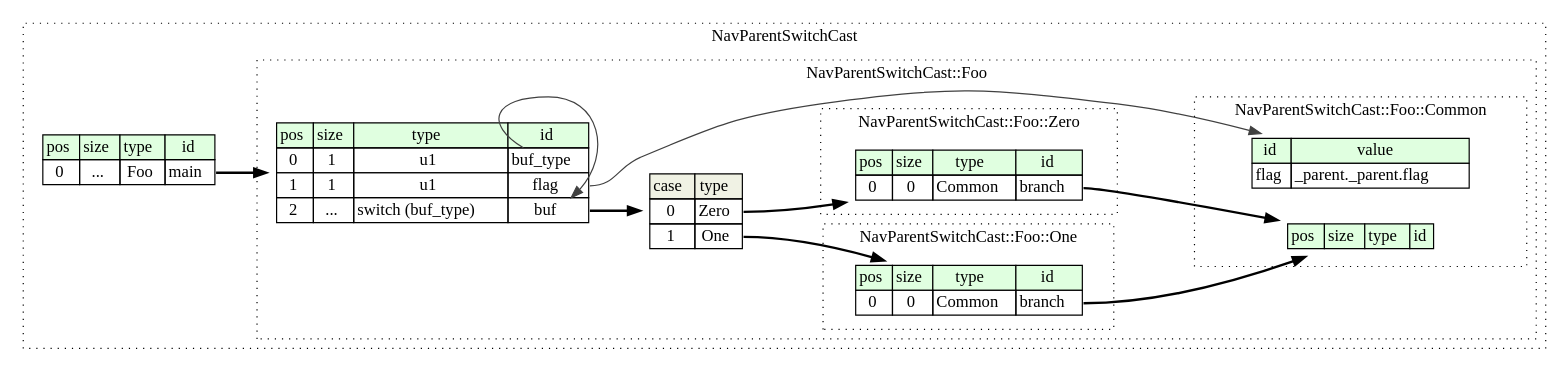
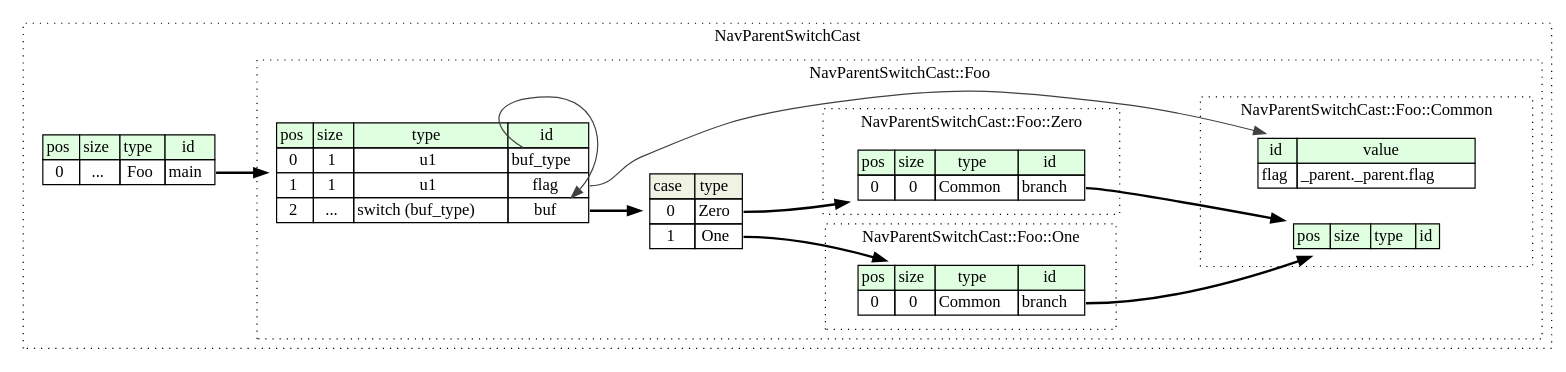
The diagram in compiled/graphviz/nav_parent_switch_cast.dot (kaitai-io/ci_targets), drawn with Graphviz before and after one commit. The commit also changed other lines of this file and 978 other files, not shown here.

```diff
--- a/compiled/graphviz/nav_parent_switch_cast.dot
+++ b/compiled/graphviz/nav_parent_switch_cast.dot
@@ -1,67 +1,67 @@
 digraph {
 	rankdir=LR;
 	node [shape=plaintext];
 	subgraph cluster__nav_parent_switch_cast {
 		label="NavParentSwitchCast";
 		graph[style=dotted];
 
 		nav_parent_switch_cast__seq [label=<<TABLE BORDER="0" CELLBORDER="1" CELLSPACING="0">
 			<TR><TD BGCOLOR="#E0FFE0">pos</TD><TD BGCOLOR="#E0FFE0">size</TD><TD BGCOLOR="#E0FFE0">type</TD><TD BGCOLOR="#E0FFE0">id</TD></TR>
 			<TR><TD PORT="main_pos">0</TD><TD PORT="main_size">...</TD><TD>Foo</TD><TD PORT="main_type">main</TD></TR>
 		</TABLE>>];
 		subgraph cluster__foo {
 			label="NavParentSwitchCast::Foo";
 			graph[style=dotted];
 
 			foo__seq [label=<<TABLE BORDER="0" CELLBORDER="1" CELLSPACING="0">
 				<TR><TD BGCOLOR="#E0FFE0">pos</TD><TD BGCOLOR="#E0FFE0">size</TD><TD BGCOLOR="#E0FFE0">type</TD><TD BGCOLOR="#E0FFE0">id</TD></TR>
 				<TR><TD PORT="buf_type_pos">0</TD><TD PORT="buf_type_size">1</TD><TD>u1</TD><TD PORT="buf_type_type">buf_type</TD></TR>
 				<TR><TD PORT="flag_pos">1</TD><TD PORT="flag_size">1</TD><TD>u1</TD><TD PORT="flag_type">flag</TD></TR>
 				<TR><TD PORT="buf_pos">2</TD><TD PORT="buf_size">...</TD><TD>switch (buf_type)</TD><TD PORT="buf_type">buf</TD></TR>
 			</TABLE>>];
 foo__seq_buf_switch [label=<<TABLE BORDER="0" CELLBORDER="1" CELLSPACING="0">
 	<TR><TD BGCOLOR="#F0F2E4">case</TD><TD BGCOLOR="#F0F2E4">type</TD></TR>
 	<TR><TD>0</TD><TD PORT="case0">Zero</TD></TR>
 	<TR><TD>1</TD><TD PORT="case1">One</TD></TR>
 </TABLE>>];
-			subgraph cluster__zero {
-				label="NavParentSwitchCast::Foo::Zero";
-				graph[style=dotted];
-
-				zero__seq [label=<<TABLE BORDER="0" CELLBORDER="1" CELLSPACING="0">
-					<TR><TD BGCOLOR="#E0FFE0">pos</TD><TD BGCOLOR="#E0FFE0">size</TD><TD BGCOLOR="#E0FFE0">type</TD><TD BGCOLOR="#E0FFE0">id</TD></TR>
-					<TR><TD PORT="branch_pos">0</TD><TD PORT="branch_size">0</TD><TD>Common</TD><TD PORT="branch_type">branch</TD></TR>
-				</TABLE>>];
-			}
-			subgraph cluster__one {
-				label="NavParentSwitchCast::Foo::One";
-				graph[style=dotted];
-
-				one__seq [label=<<TABLE BORDER="0" CELLBORDER="1" CELLSPACING="0">
-					<TR><TD BGCOLOR="#E0FFE0">pos</TD><TD BGCOLOR="#E0FFE0">size</TD><TD BGCOLOR="#E0FFE0">type</TD><TD BGCOLOR="#E0FFE0">id</TD></TR>
-					<TR><TD PORT="branch_pos">0</TD><TD PORT="branch_size">0</TD><TD>Common</TD><TD PORT="branch_type">branch</TD></TR>
-				</TABLE>>];
-			}
 			subgraph cluster__common {
 				label="NavParentSwitchCast::Foo::Common";
 				graph[style=dotted];
 
 				common__seq [label=<<TABLE BORDER="0" CELLBORDER="1" CELLSPACING="0">
 					<TR><TD BGCOLOR="#E0FFE0">pos</TD><TD BGCOLOR="#E0FFE0">size</TD><TD BGCOLOR="#E0FFE0">type</TD><TD BGCOLOR="#E0FFE0">id</TD></TR>
 				</TABLE>>];
 				common__inst__flag [label=<<TABLE BORDER="0" CELLBORDER="1" CELLSPACING="0">
 					<TR><TD BGCOLOR="#E0FFE0">id</TD><TD BGCOLOR="#E0FFE0">value</TD></TR>
 					<TR><TD>flag</TD><TD>_parent._parent.flag</TD></TR>
 				</TABLE>>];
 			}
+			subgraph cluster__one {
+				label="NavParentSwitchCast::Foo::One";
+				graph[style=dotted];
+
+				one__seq [label=<<TABLE BORDER="0" CELLBORDER="1" CELLSPACING="0">
+					<TR><TD BGCOLOR="#E0FFE0">pos</TD><TD BGCOLOR="#E0FFE0">size</TD><TD BGCOLOR="#E0FFE0">type</TD><TD BGCOLOR="#E0FFE0">id</TD></TR>
+					<TR><TD PORT="branch_pos">0</TD><TD PORT="branch_size">0</TD><TD>Common</TD><TD PORT="branch_type">branch</TD></TR>
+				</TABLE>>];
+			}
+			subgraph cluster__zero {
+				label="NavParentSwitchCast::Foo::Zero";
+				graph[style=dotted];
+
+				zero__seq [label=<<TABLE BORDER="0" CELLBORDER="1" CELLSPACING="0">
+					<TR><TD BGCOLOR="#E0FFE0">pos</TD><TD BGCOLOR="#E0FFE0">size</TD><TD BGCOLOR="#E0FFE0">type</TD><TD BGCOLOR="#E0FFE0">id</TD></TR>
+					<TR><TD PORT="branch_pos">0</TD><TD PORT="branch_size">0</TD><TD>Common</TD><TD PORT="branch_type">branch</TD></TR>
+				</TABLE>>];
+			}
 		}
 	}
 	nav_parent_switch_cast__seq:main_type -> foo__seq [style=bold];
 	foo__seq:buf_type -> foo__seq_buf_switch [style=bold];
 	foo__seq_buf_switch:case0 -> zero__seq [style=bold];
 	foo__seq_buf_switch:case1 -> one__seq [style=bold];
 	foo__seq:buf_type_type -> foo__seq:buf_type [color="#404040"];
+	foo__seq:flag_type -> common__inst__flag [color="#404040"];
+	one__seq:branch_type -> common__seq [style=bold];
 	zero__seq:branch_type -> common__seq [style=bold];
-	one__seq:branch_type -> common__seq [style=bold];
-	foo__seq:flag_type -> common__inst__flag [color="#404040"];
 }
```
